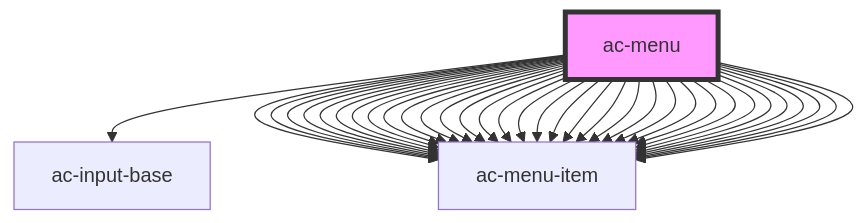
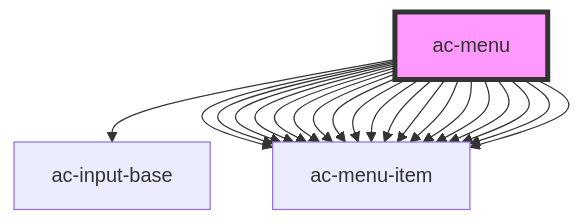
The diagram in src/components/molecules/ac-menu/readme.md (accera-tech/solar-components), drawn with Mermaid before and after one commit. The commit also changed other lines of this file and 9 other files, not shown here.

````diff
--- a/src/components/molecules/ac-menu/readme.md
+++ b/src/components/molecules/ac-menu/readme.md
@@ -66,38 +52,24 @@
 ```mermaid
 graph TD;
   ac-menu --> ac-input-base
   ac-menu --> ac-menu-item
   ac-menu --> ac-menu-item
   ac-menu --> ac-menu-item
   ac-menu --> ac-menu-item
   ac-menu --> ac-menu-item
   ac-menu --> ac-menu-item
   ac-menu --> ac-menu-item
   ac-menu --> ac-menu-item
   ac-menu --> ac-menu-item
   ac-menu --> ac-menu-item
   ac-menu --> ac-menu-item
   ac-menu --> ac-menu-item
   ac-menu --> ac-menu-item
   ac-menu --> ac-menu-item
   ac-menu --> ac-menu-item
   ac-menu --> ac-menu-item
   ac-menu --> ac-menu-item
   ac-menu --> ac-menu-item
   ac-menu --> ac-menu-item
-  ac-menu --> ac-menu-item
-  ac-menu --> ac-menu-item
-  ac-menu --> ac-menu-item
-  ac-menu --> ac-menu-item
-  ac-menu --> ac-menu-item
-  ac-menu --> ac-menu-item
-  ac-menu --> ac-menu-item
-  ac-menu --> ac-menu-item
-  ac-menu --> ac-menu-item
-  ac-menu --> ac-menu-item
-  ac-menu --> ac-menu-item
-  ac-menu --> ac-menu-item
-  ac-menu --> ac-menu-item
-  ac-menu --> ac-menu-item
   style ac-menu fill:#f9f,stroke:#333,stroke-width:4px
 ```
````
